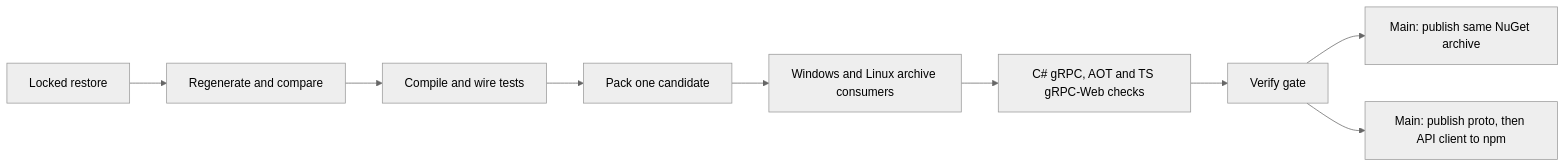
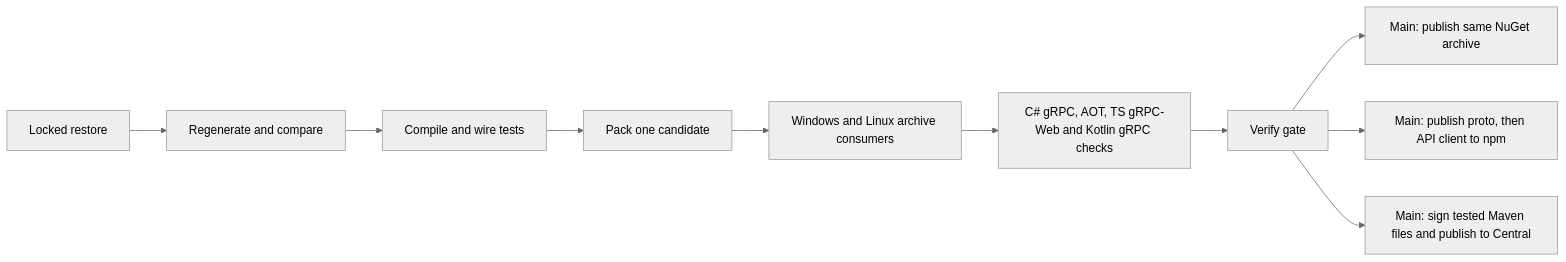
One commit to ArcForges/Contracts changed the diagram in README.md. Above: the diagram before and after it, drawn with Mermaid (neutral theme). The commit also changed other lines of this file and 68 other files, not shown here.

Commit message:
Add Kotlin Maven artifacts and verified automatic publication

````diff
--- a/README.md
+++ b/README.md
@@ -63,11 +70,12 @@
 ```mermaid
 flowchart LR
   A[Locked restore] --> B[Regenerate and compare]
   B --> C[Compile and wire tests]
   C --> D[Pack one candidate]
   D --> E[Windows and Linux archive consumers]
-  E --> F[C# gRPC, AOT and TS gRPC-Web checks]
+  E --> F[C# gRPC, AOT, TS gRPC-Web and Kotlin gRPC checks]
   F --> G[Verify gate]
   G --> H[Main: publish same NuGet archive]
   G --> I[Main: publish proto, then API client to npm]
+  G --> J[Main: sign tested Maven files and publish to Central]
 ```
````
